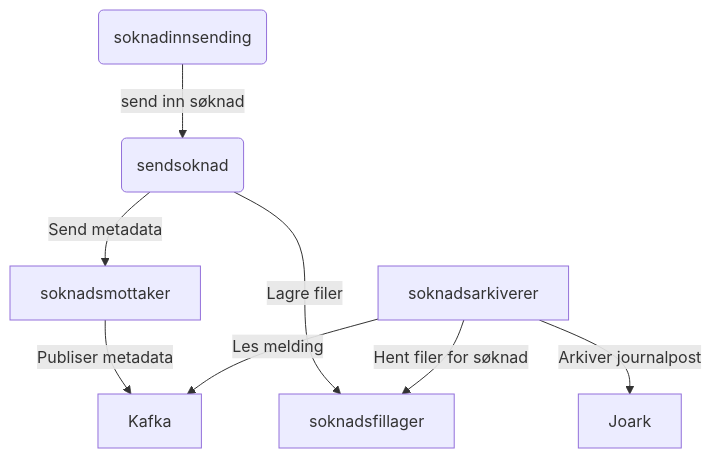
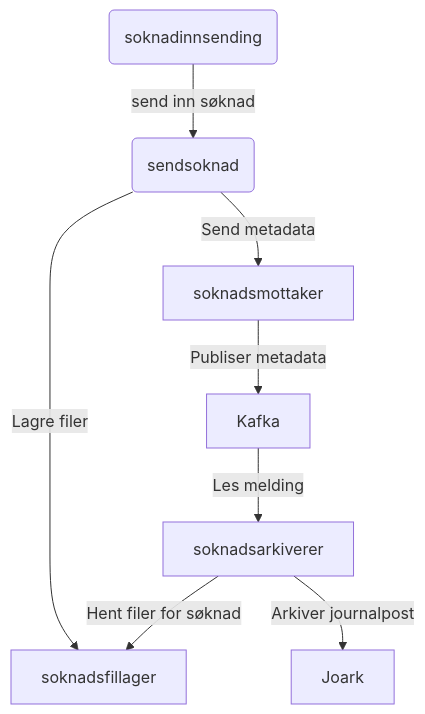
The second of 4 diagrams in docs/Soknadsavhengigheter.md (navikt/sendsoknad-boot), drawn with Mermaid before and after one commit. The commit also changed other lines of this file and 2 other files, not shown here.

Commit message:
Minor documentation fixes

````diff
--- a/docs/Soknadsavhengigheter.md
+++ b/docs/Soknadsavhengigheter.md
@@ -21,10 +21,10 @@
 ```mermaid
 graph TD
     A(soknadinnsending)-->|send inn søknad| B(sendsoknad)
     B -->|Send metadata| C[soknadsmottaker]
     B -->|Lagre filer| D[soknadsfillager]
     C -->|Publiser metadata| E[Kafka]
-    F[soknadsarkiverer]-->|Les melding| E
+    E -->|Les melding| F[soknadsarkiverer]
     F -->|Hent filer for søknad| D
     F -->|Arkiver journalpost| G[Joark]
 ```
````
